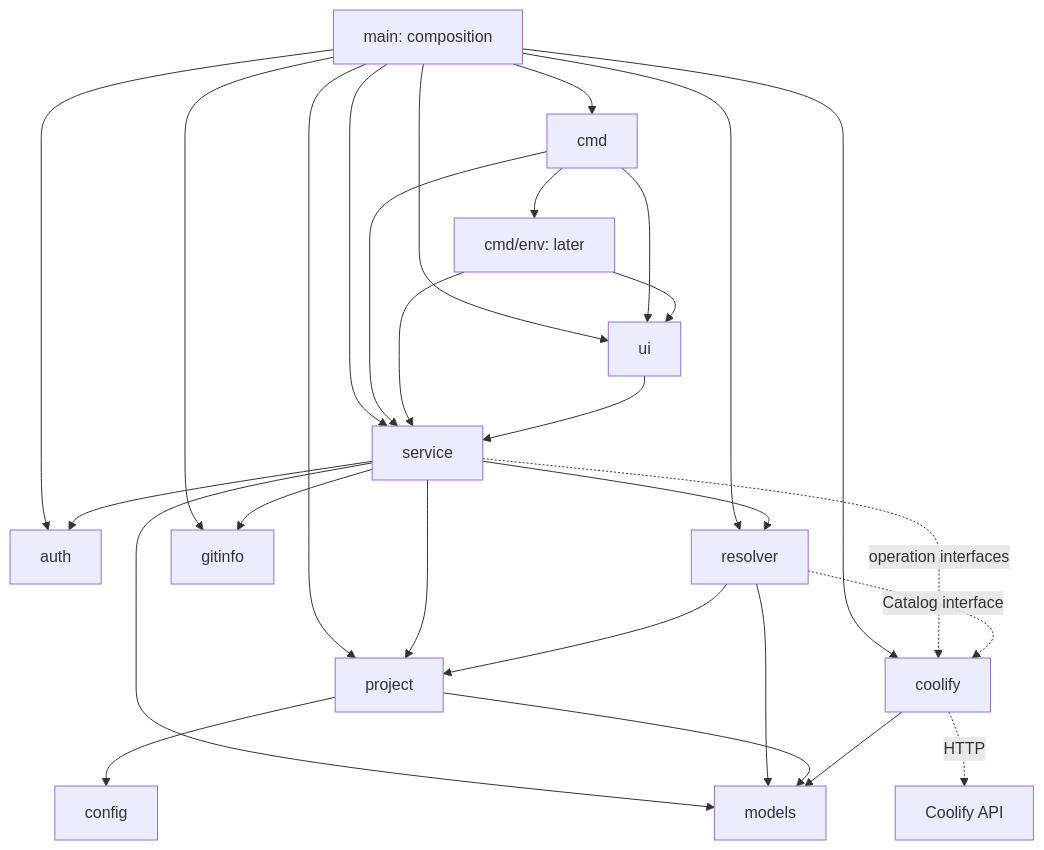
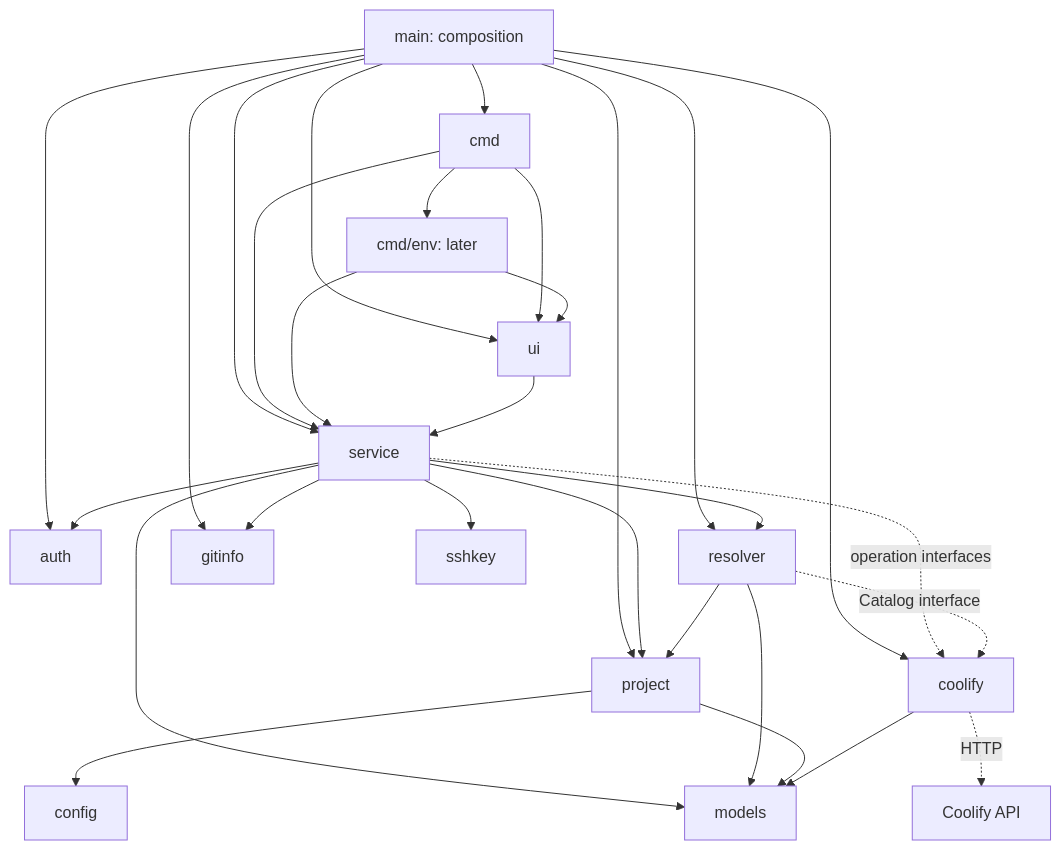
The first of 2 diagrams in ARCHITECTURE.md (joaomnuno/coolship), drawn with Mermaid before and after one commit. The commit also changed other lines of this file and 26 other files, not shown here.

````diff
--- a/ARCHITECTURE.md
+++ b/ARCHITECTURE.md
@@ -143,30 +145,31 @@
 ```mermaid
 flowchart TD
     main[main: composition] --> cmd
     main --> service
     main --> project
     main --> auth
     main --> resolver
     main --> coolify
     main --> ui
     main --> gitinfo
     cmd --> envcmd[cmd/env: later]
     cmd --> service
     cmd --> ui
     envcmd --> service
     envcmd --> ui
     ui --> service
     service --> project
     service --> auth
     service --> resolver
     service --> models
     service --> gitinfo
+    service --> sshkey
     resolver --> project
     resolver --> models
     project --> config
     project --> models
     coolify --> models
     service -. operation interfaces .-> coolify
     resolver -. Catalog interface .-> coolify
     coolify -. HTTP .-> remote[Coolify API]
 ```
````
